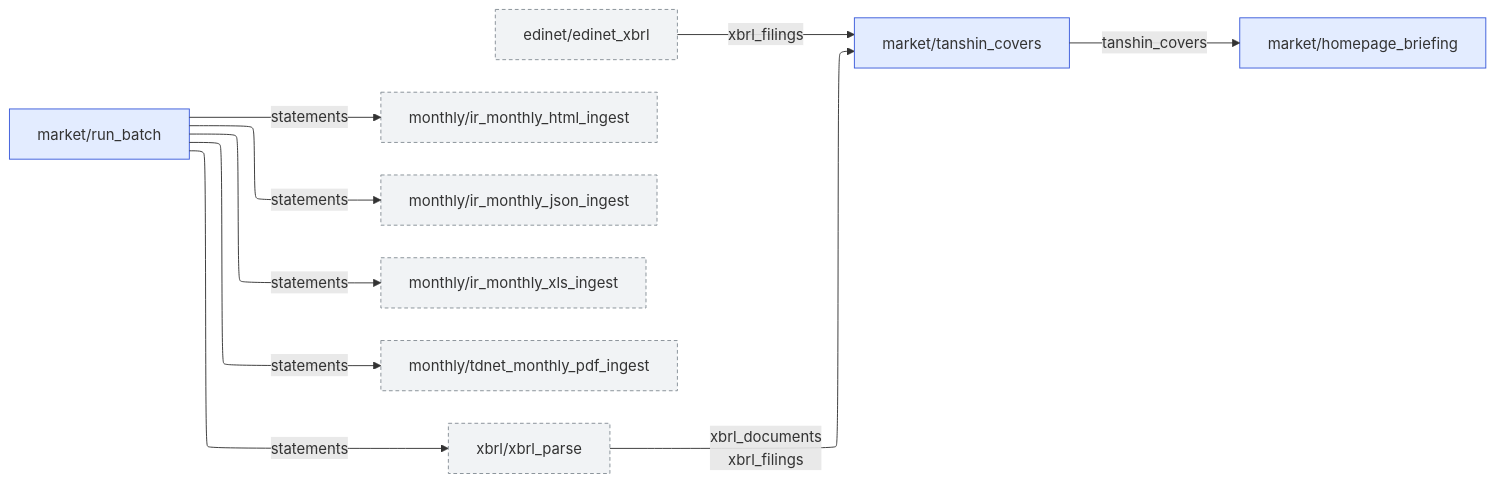
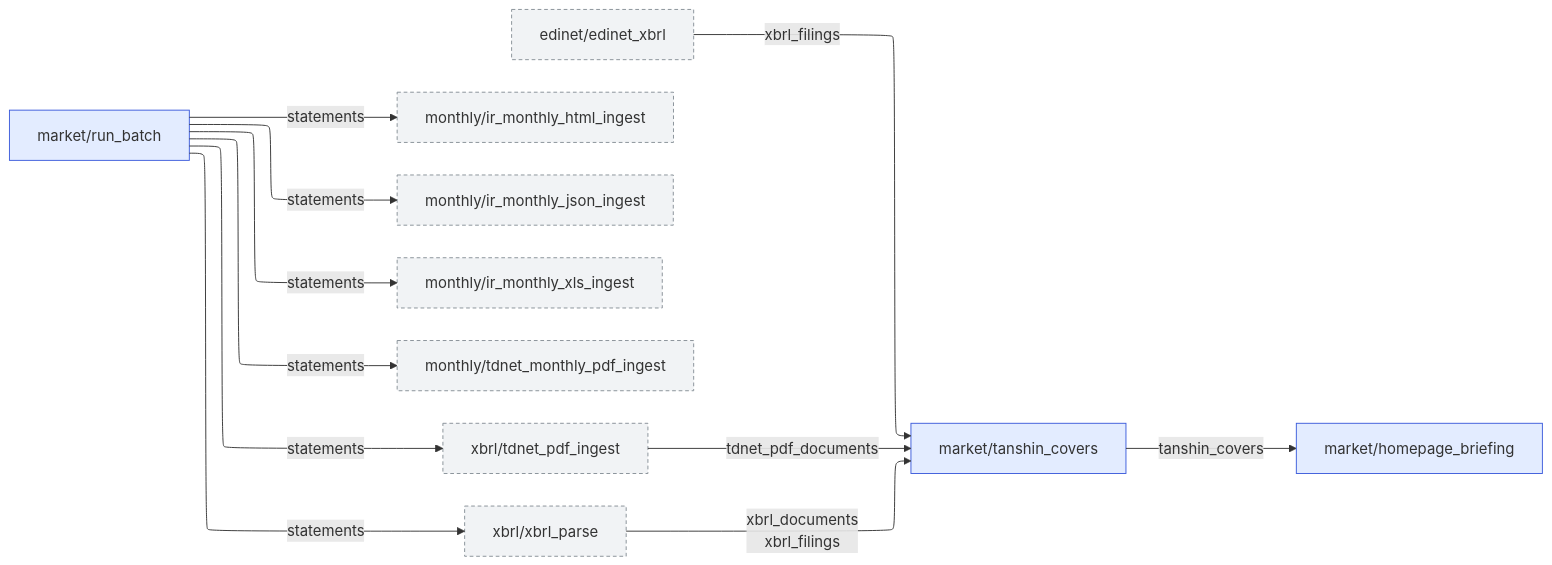
The diagram in docs/jobs/gen/market.md (pekumirui/stock-analyzer), drawn with Mermaid before and after one commit. The commit also changed 31 other files, not shown here.

````diff
--- a/docs/jobs/gen/market.md
+++ b/docs/jobs/gen/market.md
@@ -9,26 +9,29 @@
 ```mermaid
 ---
 config:
   layout: elk
 ---
 flowchart LR
   n0["edinet/edinet_xbrl"]:::ext
   n1["market/homepage_briefing"]:::own
   n2["market/run_batch"]:::own
   n3["market/tanshin_covers"]:::own
   n4["monthly/ir_monthly_html_ingest"]:::ext
   n5["monthly/ir_monthly_json_ingest"]:::ext
   n6["monthly/ir_monthly_xls_ingest"]:::ext
   n7["monthly/tdnet_monthly_pdf_ingest"]:::ext
-  n8["xbrl/xbrl_parse"]:::ext
+  n8["xbrl/tdnet_pdf_ingest"]:::ext
+  n9["xbrl/xbrl_parse"]:::ext
   n0 -->|"xbrl_filings"| n3
   n2 -->|"statements"| n4
   n2 -->|"statements"| n5
   n2 -->|"statements"| n6
   n2 -->|"statements"| n7
   n2 -->|"statements"| n8
+  n2 -->|"statements"| n9
   n3 -->|"tanshin_covers"| n1
-  n8 -->|"xbrl_documents<br>xbrl_filings"| n3
+  n8 -->|"tdnet_pdf_documents"| n3
+  n9 -->|"xbrl_documents<br>xbrl_filings"| n3
   classDef own fill:#e3ecff,stroke:#3b5bdb
   classDef ext fill:#f1f3f5,stroke:#868e96,stroke-dasharray:4 3
 ```
````
